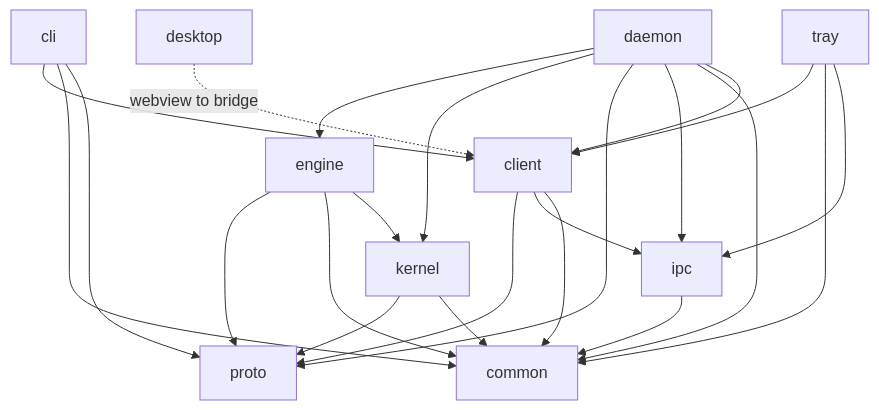
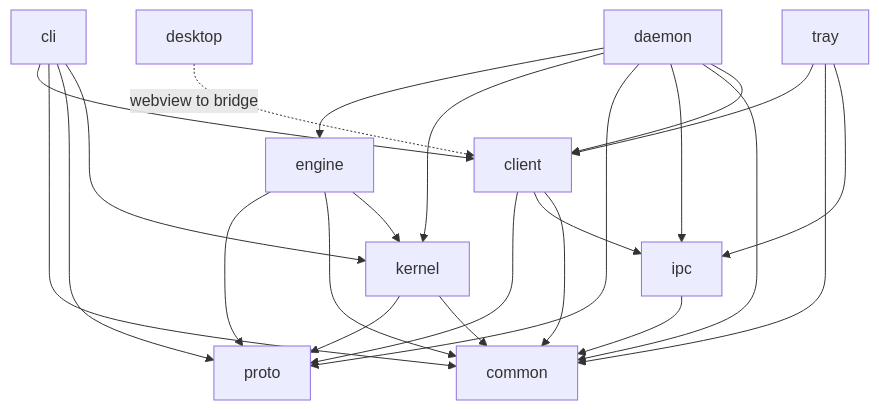
One commit to prytaneum/hestia changed the second of 3 diagrams in docs/architecture.md. Above: the diagram before and after it, drawn with Mermaid. The commit also changed other lines of this file and 18 other files, not shown here.

````diff
--- a/docs/architecture.md
+++ b/docs/architecture.md
@@ -43,11 +43,11 @@
 ```mermaid
 flowchart TD
     client --> proto & ipc & common
     ipc --> common
     kernel --> proto & common
     engine --> proto & common & kernel
-    cli --> client & common & proto
+    cli --> client & common & proto & kernel
     daemon --> engine & kernel & proto & ipc & common & client
     tray --> client & common & ipc
     desktop -.->|"webview to bridge"| client
 ```
````
